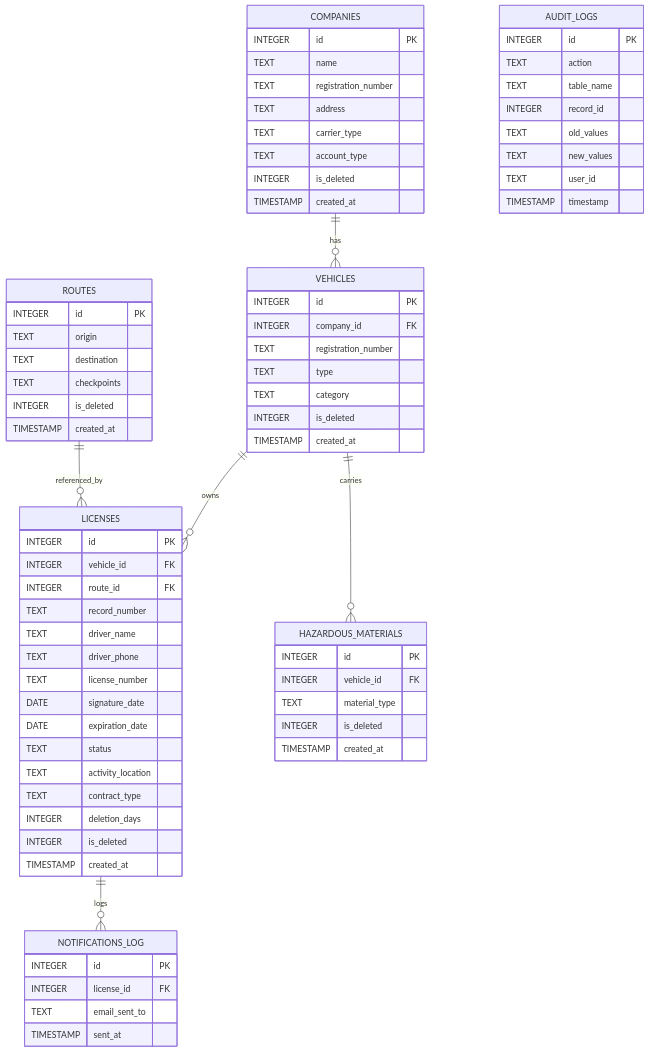
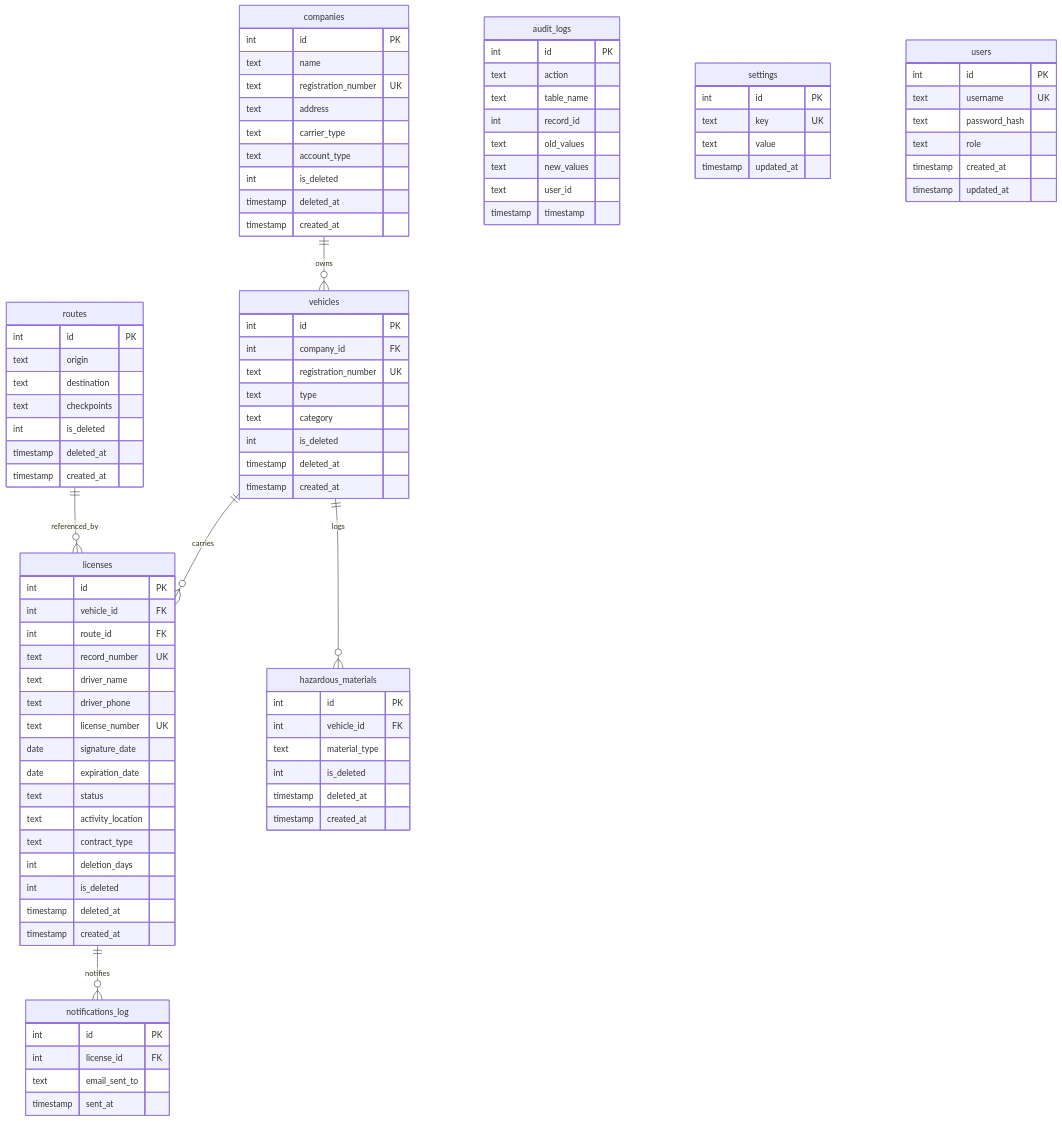
Before and after one commit to raouf-bendahmouche/hazmate: the diagram in docs/diagrams/er_diagram.mmd, drawn with Mermaid. The commit also changed 38 other files, not shown here.

Commit message:
login and diagrammes

```diff
--- a/docs/diagrams/er_diagram.mmd
+++ b/docs/diagrams/er_diagram.mmd
@@ -1,74 +1,101 @@
 erDiagram
-    COMPANIES {
-        INTEGER id PK
-        TEXT name
-        TEXT registration_number
-        TEXT address
-        TEXT carrier_type
-        TEXT account_type
-        INTEGER is_deleted
-        TIMESTAMP created_at
-    }
-    VEHICLES {
-        INTEGER id PK
-        INTEGER company_id FK
-        TEXT registration_number
-        TEXT type
-        TEXT category
-        INTEGER is_deleted
-        TIMESTAMP created_at
-    }
-    ROUTES {
-        INTEGER id PK
-        TEXT origin
-        TEXT destination
-        TEXT checkpoints
-        INTEGER is_deleted
-        TIMESTAMP created_at
-    }
-    LICENSES {
-        INTEGER id PK
-        INTEGER vehicle_id FK
-        INTEGER route_id FK
-        TEXT record_number
-        TEXT driver_name
-        TEXT driver_phone
-        TEXT license_number
-        DATE signature_date
-        DATE expiration_date
-        TEXT status
-        TEXT activity_location
-        TEXT contract_type
-        INTEGER deletion_days
-        INTEGER is_deleted
-        TIMESTAMP created_at
-    }
-    HAZARDOUS_MATERIALS {
-        INTEGER id PK
-        INTEGER vehicle_id FK
-        TEXT material_type
-        INTEGER is_deleted
-        TIMESTAMP created_at
-    }
-    AUDIT_LOGS {
-        INTEGER id PK
-        TEXT action
-        TEXT table_name
-        INTEGER record_id
-        TEXT old_values
-        TEXT new_values
-        TEXT user_id
-        TIMESTAMP timestamp
-    }
-    NOTIFICATIONS_LOG {
-        INTEGER id PK
-        INTEGER license_id FK
-        TEXT email_sent_to
-        TIMESTAMP sent_at
+    companies ||--o{ vehicles : owns
+    vehicles ||--o{ licenses : carries
+    routes ||--o{ licenses : referenced_by
+    vehicles ||--o{ hazardous_materials : logs
+    licenses ||--o{ notifications_log : notifies
+
+    companies {
+        int id PK
+        text name
+        text registration_number UK
+        text address
+        text carrier_type
+        text account_type
+        int is_deleted
+        timestamp deleted_at
+        timestamp created_at
     }
 
-    COMPANIES ||--o{ VEHICLES : has
-    VEHICLES ||--o{ LICENSES : owns
-    ROUTES ||--o{ LICENSES : referenced_by
-    VEHICLES ||--o{ HAZARDOUS_MATERIALS : carries
-    LICENSES ||--o{ NOTIFICATIONS_LOG : logs
+    vehicles {
+        int id PK
+        int company_id FK
+        text registration_number UK
+        text type
+        text category
+        int is_deleted
+        timestamp deleted_at
+        timestamp created_at
+    }
+
+    routes {
+        int id PK
+        text origin
+        text destination
+        text checkpoints
+        int is_deleted
+        timestamp deleted_at
+        timestamp created_at
+    }
+
+    licenses {
+        int id PK
+        int vehicle_id FK
+        int route_id FK
+        text record_number UK
+        text driver_name
+        text driver_phone
+        text license_number UK
+        date signature_date
+        date expiration_date
+        text status
+        text activity_location
+        text contract_type
+        int deletion_days
+        int is_deleted
+        timestamp deleted_at
+        timestamp created_at
+    }
+
+    hazardous_materials {
+        int id PK
+        int vehicle_id FK
+        text material_type
+        int is_deleted
+        timestamp deleted_at
+        timestamp created_at
+    }
+
+    audit_logs {
+        int id PK
+        text action
+        text table_name
+        int record_id
+        text old_values
+        text new_values
+        text user_id
+        timestamp timestamp
+    }
+
+    settings {
+        int id PK
+        text key UK
+        text value
+        timestamp updated_at
+    }
+
+    users {
+        int id PK
+        text username UK
+        text password_hash
+        text role
+        timestamp created_at
+        timestamp updated_at
+    }
+
+    notifications_log {
+        int id PK
+        int license_id FK
+        text email_sent_to
+        timestamp sent_at
+    }
```
